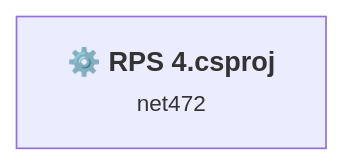
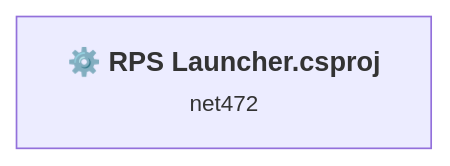
Before and after one commit to mpautler/Random-Photo-Screensaver: the first of 2 diagrams in .github/upgrades/scenarios/dotnet-version-upgrade/assessment.md, drawn with Mermaid. The commit also changed other lines of this file and 8 other files, not shown here.

````diff
--- a/.github/upgrades/scenarios/dotnet-version-upgrade/assessment.md
+++ b/.github/upgrades/scenarios/dotnet-version-upgrade/assessment.md
@@ -143,6 +84,6 @@
 ```mermaid
 flowchart LR
-    P1["<b>⚙️&nbsp;RPS 4.csproj</b><br/><small>net472</small>"]
-    click P1 "#rps-4rps-4csproj"
+    P1["<b>⚙️&nbsp;RPS Launcher.csproj</b><br/><small>net472</small>"]
+    click P1 "#rps-launcherrps-launchercsproj"
 
 ```
````
